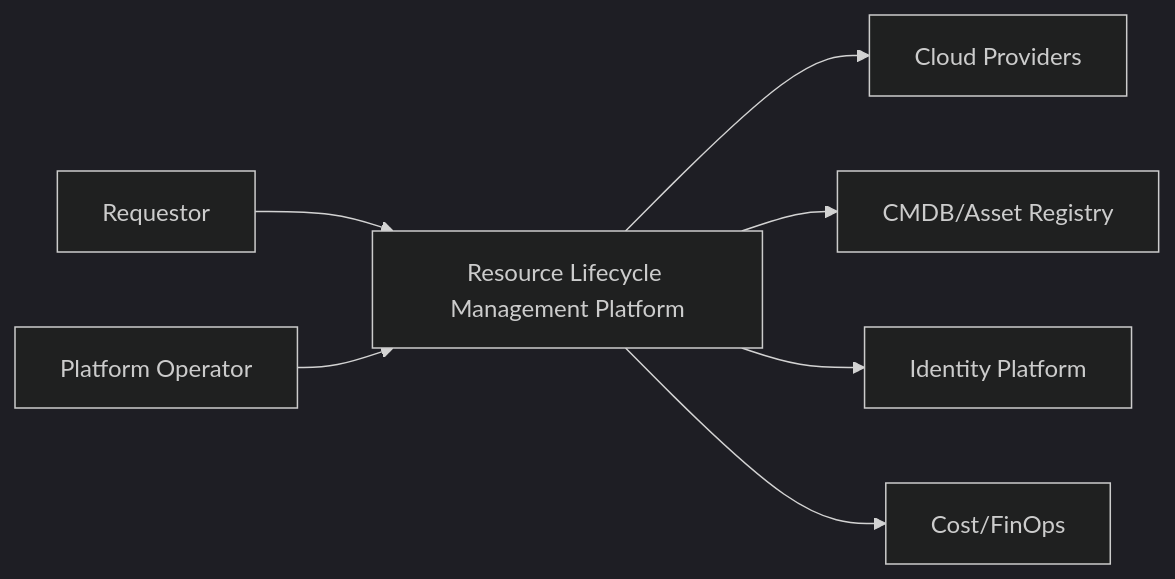
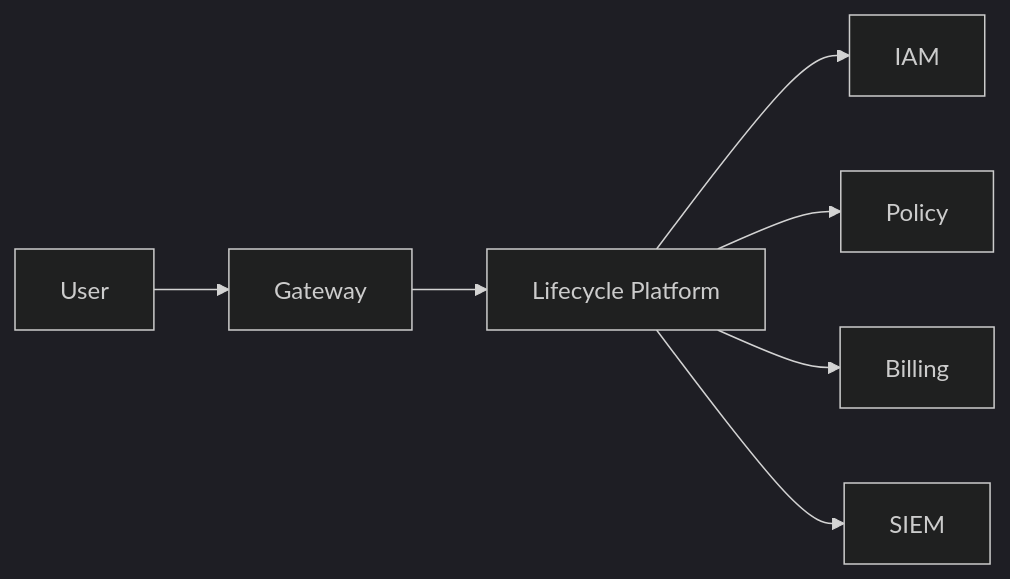
One commit to 0Ankit0/Project-Ideas changed the diagram in Resource Lifecycle Management Platform/analysis/system-context-diagram.md. Above: the diagram before and after it, drawn with Mermaid (dark theme). The commit also changed other lines of this file and 37 other files, not shown here.

````diff
--- a/Resource Lifecycle Management Platform/analysis/system-context-diagram.md
+++ b/Resource Lifecycle Management Platform/analysis/system-context-diagram.md
@@ -3,9 +34,9 @@
 ```mermaid
 flowchart LR
-  Requestor[Requestor] --> RLMP[Resource Lifecycle Management Platform]
-  Operator[Platform Operator] --> RLMP
-  RLMP --> Cloud[Cloud Providers]
-  RLMP --> CMDB[CMDB/Asset Registry]
-  RLMP --> IAM[Identity Platform]
-  RLMP --> FinOps[Cost/FinOps]
+  User --> Gateway
+  Gateway --> Core[Lifecycle Platform]
+  Core --> IAM
+  Core --> Policy
+  Core --> Billing
+  Core --> SIEM
 ```
````
